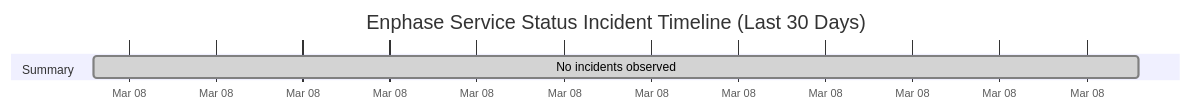
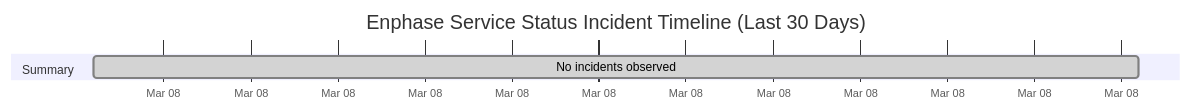
Before and after one commit to barneyonline/ha-enphase-ev-charger: the diagram in wiki/Service-Status-History.md, drawn with Mermaid. The commit also changed other lines of this file and 3 other files, not shown here.

````diff
--- a/wiki/Service-Status-History.md
+++ b/wiki/Service-Status-History.md
@@ -14,8 +14,8 @@
 ```mermaid
 gantt
     title Enphase Service Status Incident Timeline (Last 30 Days)
     dateFormat  YYYY-MM-DDTHH:mm:ss
     axisFormat  %b %d
     section Summary
-    No incidents observed :done, 2026-03-08T06:31:33, 1m
+    No incidents observed :done, 2026-03-08T07:25:01, 1m
 ```
````
